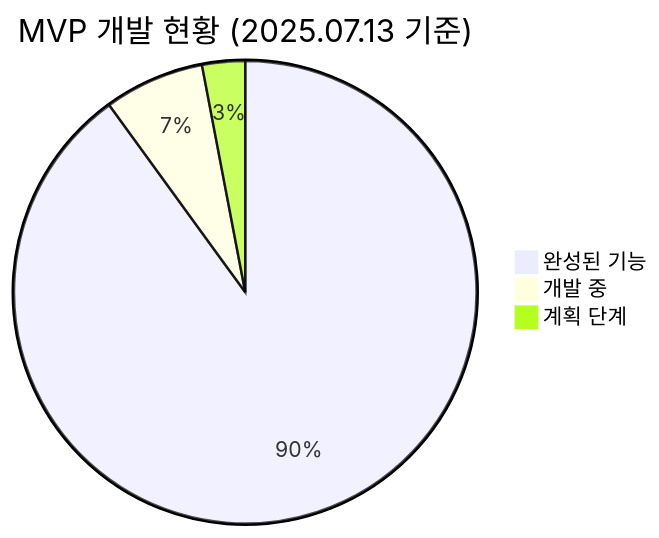
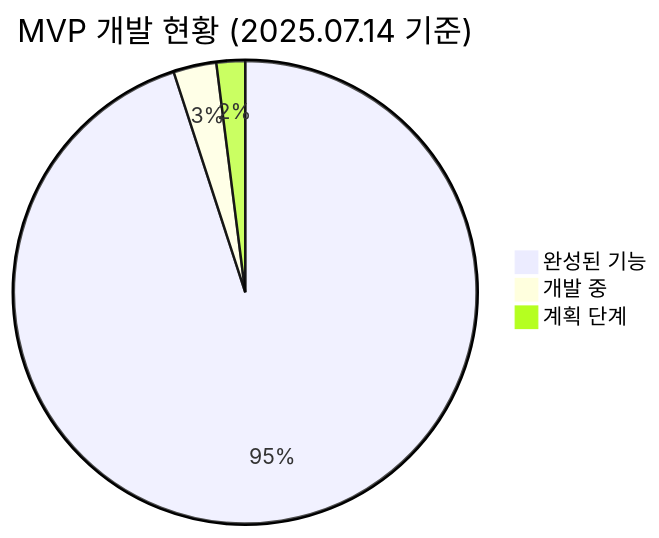
One commit to positivemultiplier/LG_DX_SCHOOL changed the fourth of 4 diagrams in README.md. Above: the diagram before and after it, drawn with Mermaid. The commit also changed other lines of this file and 42 other files, not shown here.

````diff
--- a/README.md
+++ b/README.md
@@ -185,6 +220,6 @@
 ```mermaid
-pie title MVP 개발 현황 (2025.07.13 기준)
-    "완성된 기능" : 90
-    "개발 중" : 7
-    "계획 단계" : 3
+pie title MVP 개발 현황 (2025.07.14 기준)
+    "완성된 기능" : 95
+    "개발 중" : 3
+    "계획 단계" : 2
 ```
````
